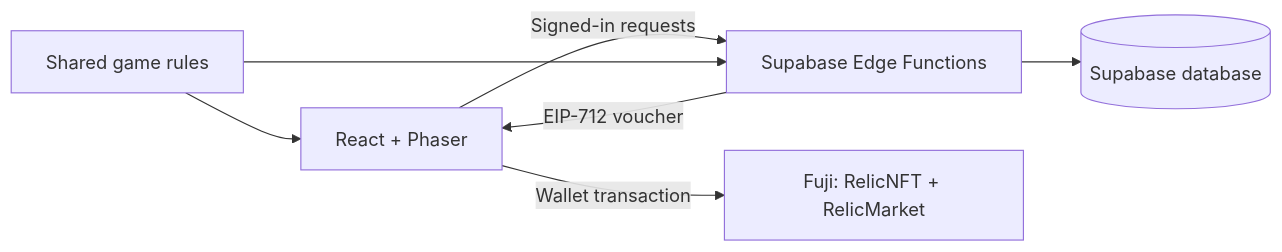
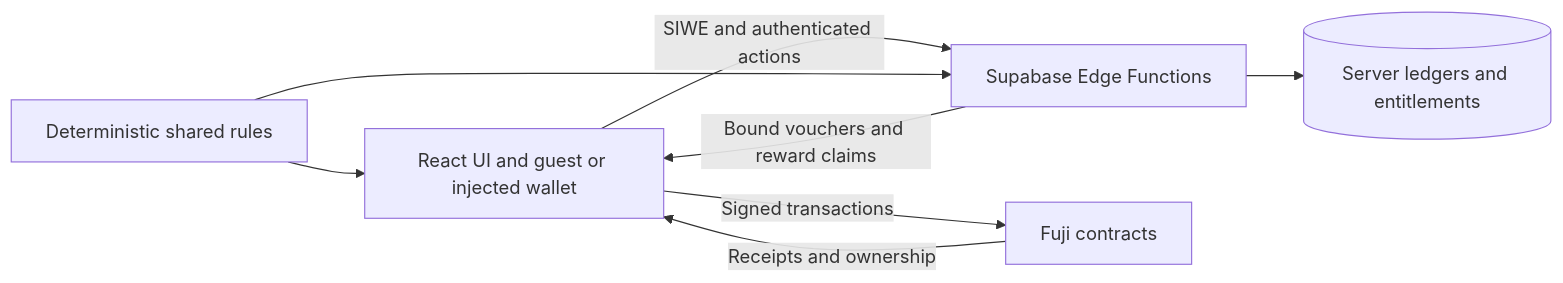
Before and after one commit to ntbaoheyhey/lantern-cat-cafe: the diagram in README.md, drawn with Mermaid. The commit also changed other lines of this file and 16 other files, not shown here.

````diff
--- a/README.md
+++ b/README.md
@@ -53,9 +49,10 @@
 ```mermaid
 flowchart LR
-  Web[React + Phaser] -->|Signed-in requests| API[Supabase Edge Functions]
-  API --> DB[(Supabase database)]
-  Rules[Shared game rules] --> Web
+  UI[React UI and guest or injected wallet] -->|SIWE and authenticated actions| API[Supabase Edge Functions]
+  API --> DB[(Server ledgers and entitlements)]
+  Rules[Deterministic shared rules] --> UI
   Rules --> API
-  API -->|EIP-712 voucher| Web
-  Web -->|Wallet transaction| Fuji[Fuji: RelicNFT + RelicMarket]
+  API -->|Bound vouchers and reward claims| UI
+  UI -->|Signed transactions| Chain[Fuji contracts]
+  Chain -->|Receipts and ownership| UI
 ```
````
